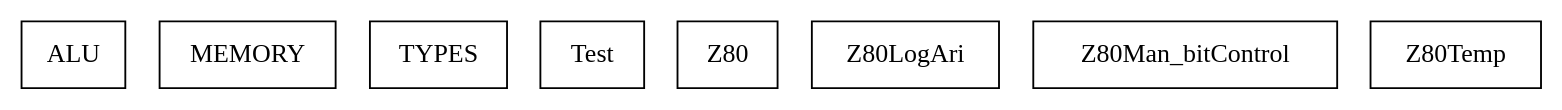
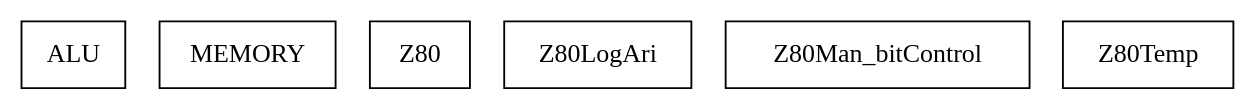
The diagram in developments/platforms/Z80_BIT_VECTOR/bdp/Z80_BIT_VECTOR.dot (ValerioMedeiros/b2asm), drawn with Graphviz before and after one commit. The commit also changed 85 other files, not shown here.

```diff
--- a/developments/platforms/Z80_BIT_VECTOR/bdp/Z80_BIT_VECTOR.dot
+++ b/developments/platforms/Z80_BIT_VECTOR/bdp/Z80_BIT_VECTOR.dot
@@ -1,11 +1,9 @@
 digraph {
 ALU [ label=" ALU " shape= box ]
 MEMORY [ label=" MEMORY " shape= box ]
-TYPES [ label=" TYPES " shape= box ]
-Test [ label=" Test " shape= box ]
 Z80 [ label=" Z80 " shape= box ]
 Z80LogAri [ label=" Z80LogAri " shape= box ]
 Z80Man_bitControl [ label=" Z80Man_bitControl " shape= box ]
 Z80Temp [ label=" Z80Temp " shape= box ]
 
 }
```
